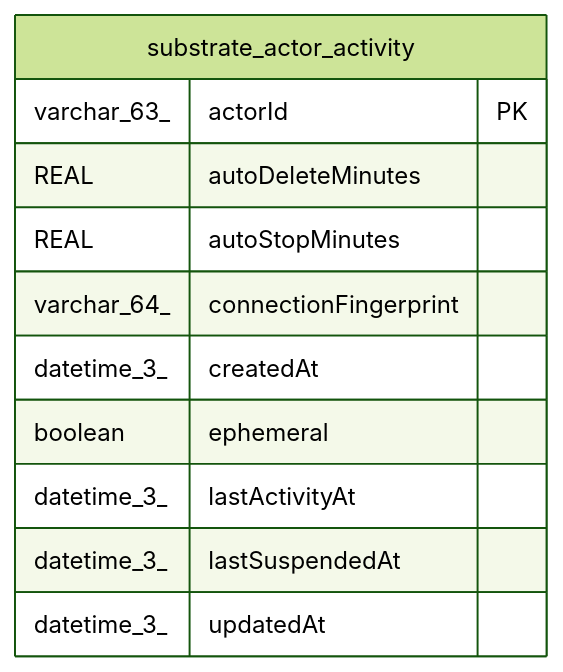
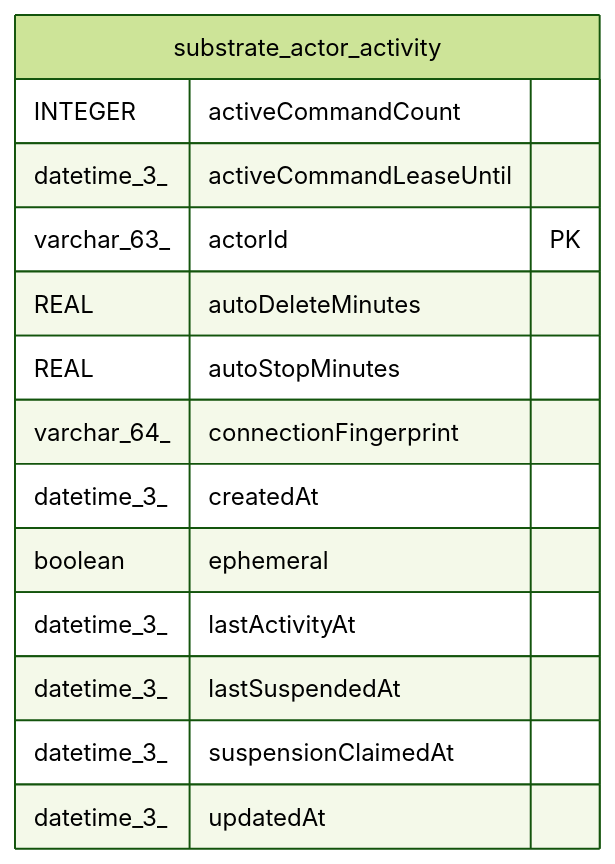
The diagram in docs/generated/sqlite-schema/substrate_actor_activity.md (jseguillon/n8n), drawn with Mermaid (forest theme) before and after one commit. The commit also changed other lines of this file and 22 other files, not shown here.

````diff
--- a/docs/generated/sqlite-schema/substrate_actor_activity.md
+++ b/docs/generated/sqlite-schema/substrate_actor_activity.md
@@ -44,16 +47,19 @@
 ```mermaid
 erDiagram
 
 
 "substrate_actor_activity" {
+  INTEGER activeCommandCount
+  datetime_3_ activeCommandLeaseUntil
   varchar_63_ actorId PK
   REAL autoDeleteMinutes
   REAL autoStopMinutes
   varchar_64_ connectionFingerprint
   datetime_3_ createdAt
   boolean ephemeral
   datetime_3_ lastActivityAt
   datetime_3_ lastSuspendedAt
+  datetime_3_ suspensionClaimedAt
   datetime_3_ updatedAt
 }
 ```
````
